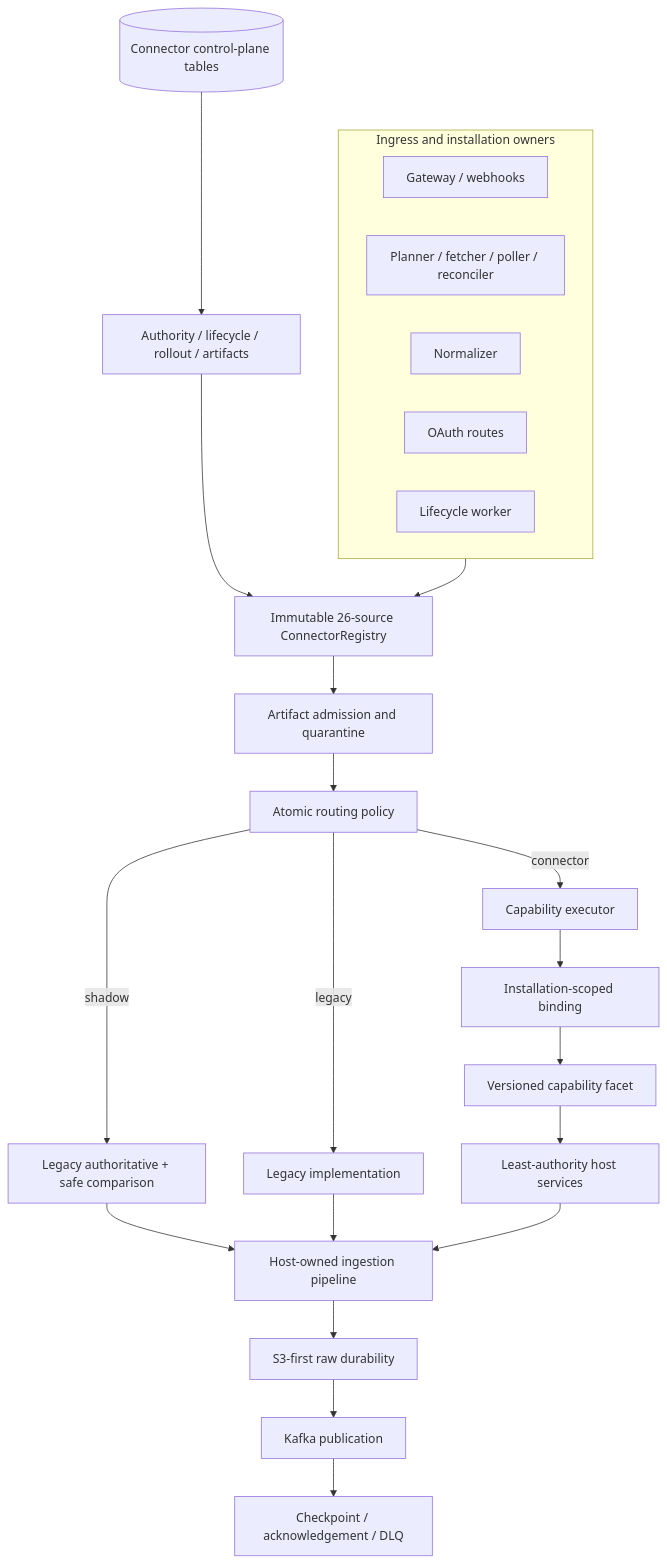
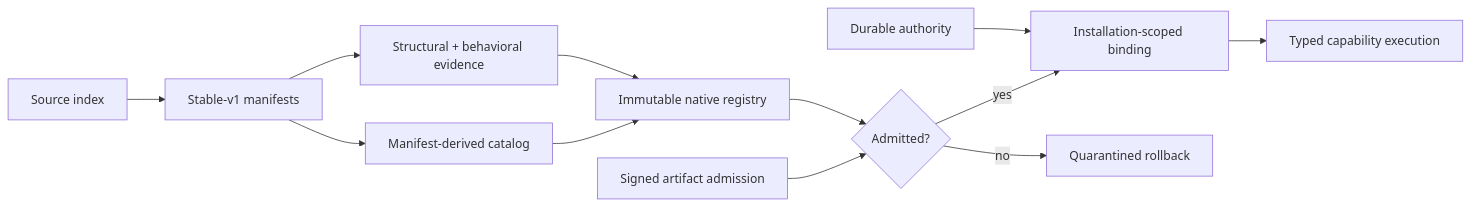
Before and after one commit to Fyralisinc/fyraliscore: the first of 5 diagrams in PHASE_3_IMPLEMENTATION_REPORT.md, drawn with Mermaid. The commit also changed other lines of this file and 82 other files, not shown here.

Commit message:
feat(connectors): complete stable v1 native fleet

````diff
--- a/PHASE_3_IMPLEMENTATION_REPORT.md
+++ b/PHASE_3_IMPLEMENTATION_REPORT.md
@@ -126,28 +87,14 @@
 ```mermaid
-flowchart TB
-    subgraph Owners[Ingress and installation owners]
-        GW[Gateway / webhooks]
-        WF[Planner / fetcher / poller / reconciler]
-        NW[Normalizer]
-        OA[OAuth routes]
-        LC[Lifecycle worker]
-    end
-
-    Owners --> CAT[Immutable 26-source ConnectorRegistry]
-    DB[(Connector control-plane tables)] --> AUTH[Authority / lifecycle / rollout / artifacts]
-    AUTH --> CAT
-    CAT --> AD[Artifact admission and quarantine]
-    AD --> RP[Atomic routing policy]
-    RP -->|connector| EX[Capability executor]
-    RP -->|shadow| SH[Legacy authoritative + safe comparison]
-    RP -->|legacy| LG[Legacy implementation]
-    EX --> B[Installation-scoped binding]
-    B --> CAP[Versioned capability facet]
-    CAP --> HS[Least-authority host services]
-    SH --> HP[Host-owned ingestion pipeline]
-    LG --> HP
-    HS --> HP
-    HP --> S3[S3-first raw durability]
-    S3 --> K[Kafka publication]
-    K --> CK[Checkpoint / acknowledgement / DLQ]
+flowchart LR
+    SI[Source index] --> M[Stable-v1 manifests]
+    M --> C[Manifest-derived catalog]
+    M --> E[Structural + behavioral evidence]
+    C --> R[Immutable native registry]
+    E --> R
+    SA[Signed artifact admission] --> Q{Admitted?}
+    R --> Q
+    Q -->|yes| B[Installation-scoped binding]
+    Q -->|no| L[Quarantined rollback]
+    A[Durable authority] --> B
+    B --> X[Typed capability execution]
 ```
````
